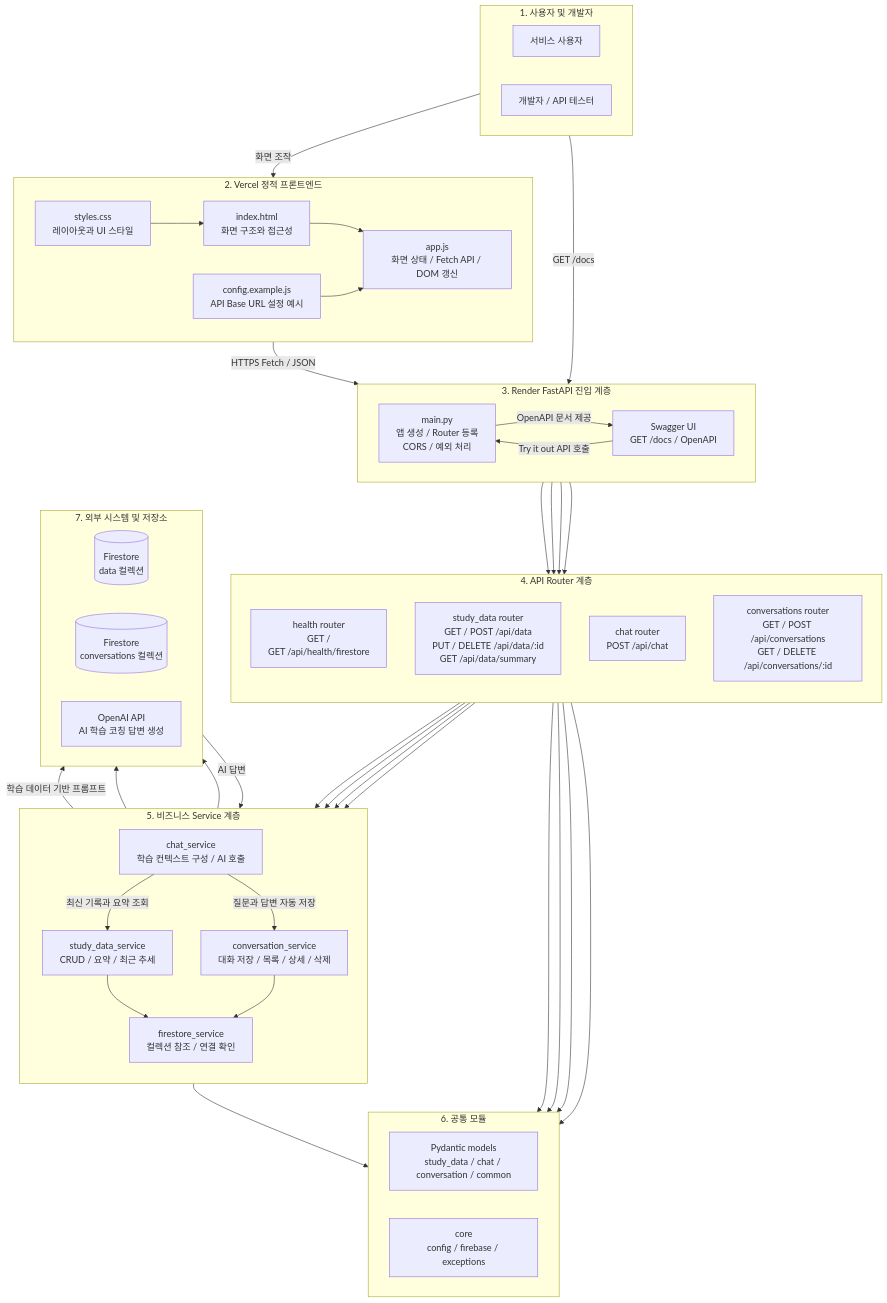
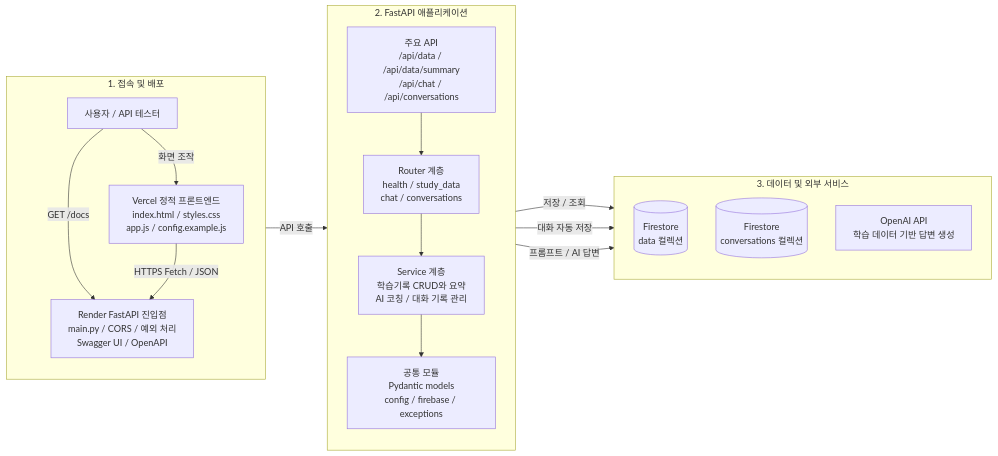
The second of 5 diagrams in README.md (yong05610/AI_NATIVE_M-2), drawn with Mermaid before and after one commit. The commit also changed other lines of this file, not shown here.

Commit message:
수정

````diff
--- a/README.md
+++ b/README.md
@@ -112,86 +112,37 @@
 ```mermaid
-flowchart TB
-    subgraph ACTOR["1. 사용자 및 개발자"]
-        direction LR
-        USER["서비스 사용자"]
-        TESTER["개발자 / API 테스터"]
+flowchart LR
+    subgraph ACCESS["1. 접속 및 배포"]
+        direction TB
+        ACTOR["사용자 / API 테스터"]
+        FRONT["Vercel 정적 프론트엔드<br/>index.html / styles.css<br/>app.js / config.example.js"]
+        ENTRY["Render FastAPI 진입점<br/>main.py / CORS / 예외 처리<br/>Swagger UI / OpenAPI"]
+
+        ACTOR -->|"화면 조작"| FRONT
+        ACTOR -->|"GET /docs"| ENTRY
+        FRONT -->|"HTTPS Fetch / JSON"| ENTRY
     end
 
-    subgraph FRONT["2. Vercel 정적 프론트엔드"]
-        direction LR
-        HTML["index.html<br/>화면 구조와 접근성"]
-        CSS["styles.css<br/>레이아웃과 UI 스타일"]
-        JS["app.js<br/>화면 상태 / Fetch API / DOM 갱신"]
-        CONFIG["config.example.js<br/>API Base URL 설정 예시"]
+    subgraph APPLICATION["2. FastAPI 애플리케이션"]
+        direction TB
+        ROUTERS["Router 계층<br/>health / study_data<br/>chat / conversations"]
+        APIS["주요 API<br/>/api/data / /api/data/summary<br/>/api/chat / /api/conversations"]
+        SERVICES["Service 계층<br/>학습기록 CRUD와 요약<br/>AI 코칭 / 대화 기록 관리"]
+        SUPPORT["공통 모듈<br/>Pydantic models<br/>config / firebase / exceptions"]
 
-        CSS --> HTML
-        HTML --> JS
-        CONFIG --> JS
+        APIS --> ROUTERS
+        ROUTERS --> SERVICES
+        SERVICES --> SUPPORT
     end
 
-    subgraph ENTRY["3. Render FastAPI 진입 계층"]
-        direction LR
-        MAIN["main.py<br/>앱 생성 / Router 등록<br/>CORS / 예외 처리"]
-        SWAGGER["Swagger UI<br/>GET /docs / OpenAPI"]
-        MAIN -->|"OpenAPI 문서 제공"| SWAGGER
+    subgraph RESOURCES["3. 데이터 및 외부 서비스"]
+        direction TB
+        DATA_DB[("Firestore<br/>data 컬렉션")]
+        CONV_DB[("Firestore<br/>conversations 컬렉션")]
+        OPENAI["OpenAI API<br/>학습 데이터 기반 답변 생성"]
     end
 
-    subgraph ROUTER["4. API Router 계층"]
-        direction TB
-        HEALTH_R["health router<br/>GET /<br/>GET /api/health/firestore"]
-        DATA_R["study_data router<br/>GET / POST /api/data<br/>PUT / DELETE /api/data/:id<br/>GET /api/data/summary"]
-        CHAT_R["chat router<br/>POST /api/chat"]
-        CONV_R["conversations router<br/>GET / POST /api/conversations<br/>GET / DELETE /api/conversations/:id"]
-    end
-
-    subgraph SERVICE["5. 비즈니스 Service 계층"]
-        direction TB
-        DATA_S["study_data_service<br/>CRUD / 요약 / 최근 추세"]
-        CHAT_S["chat_service<br/>학습 컨텍스트 구성 / AI 호출"]
-        CONV_S["conversation_service<br/>대화 저장 / 목록 / 상세 / 삭제"]
-        FS_S["firestore_service<br/>컬렉션 참조 / 연결 확인"]
-    end
-
-    subgraph SUPPORT["6. 공통 모듈"]
-        direction LR
-        MODELS["Pydantic models<br/>study_data / chat / conversation / common"]
-        CORE["core<br/>config / firebase / exceptions"]
-    end
-
-    subgraph EXTERNAL["7. 외부 시스템 및 저장소"]
-        direction LR
-        DATA_DB[("Firestore<br/>data 컬렉션")]
-        CONV_DB[("Firestore<br/>conversations 컬렉션")]
-        OPENAI["OpenAI API<br/>AI 학습 코칭 답변 생성"]
-    end
-
-    USER -->|"화면 조작"| HTML
-    TESTER -->|"GET /docs"| MAIN
-    SWAGGER -->|"Try it out API 호출"| MAIN
-    JS -->|"HTTPS Fetch / JSON"| MAIN
-
-    MAIN --> HEALTH_R
-    MAIN --> DATA_R
-    MAIN --> CHAT_R
-    MAIN --> CONV_R
-
-    HEALTH_R --> FS_S
-    DATA_R --> DATA_S
-    CHAT_R --> CHAT_S
-    CONV_R --> CONV_S
-    HEALTH_R --> MODELS
-    DATA_R --> MODELS
-    CHAT_R --> MODELS
-    CONV_R --> MODELS
-
-    DATA_S --> FS_S
-    CONV_S --> FS_S
-    CHAT_S -->|"최신 기록과 요약 조회"| DATA_S
-    CHAT_S -->|"질문과 답변 자동 저장"| CONV_S
-    FS_S --> CORE
-
-    FS_S --> DATA_DB
-    FS_S --> CONV_DB
-    CHAT_S -->|"학습 데이터 기반 프롬프트"| OPENAI
-    OPENAI -->|"AI 답변"| CHAT_S
+    ACCESS -->|"API 호출"| APPLICATION
+    APPLICATION -->|"저장 / 조회"| DATA_DB
+    APPLICATION -->|"대화 자동 저장"| CONV_DB
+    APPLICATION -->|"프롬프트 / AI 답변"| OPENAI
 ```
````
